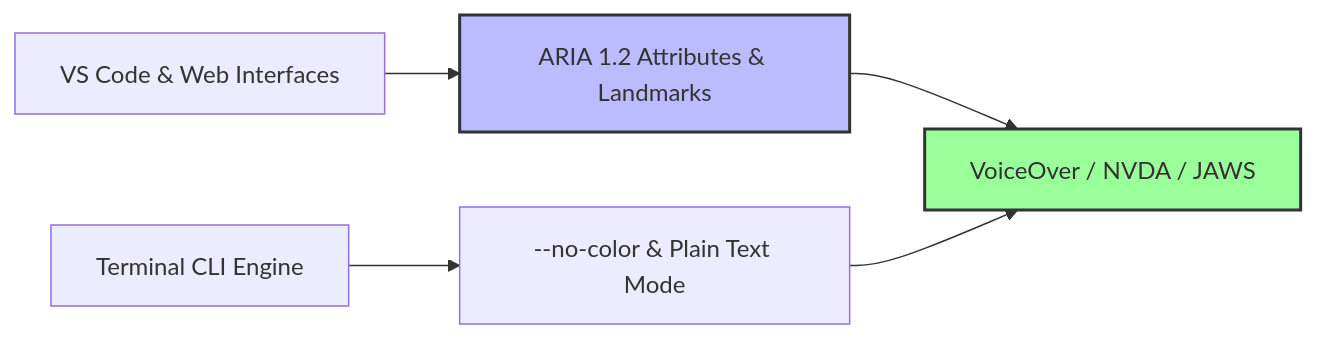
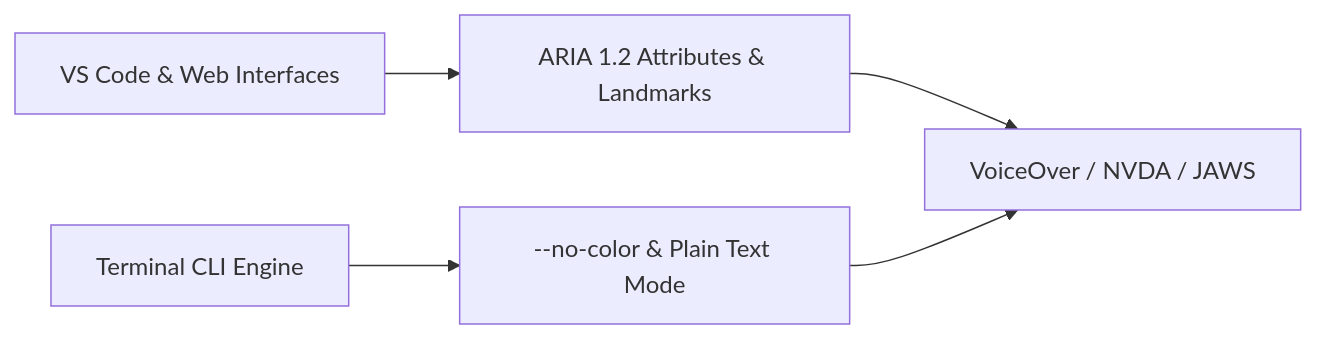
One commit to EldrexDelosReyesBula/DevDiff changed the diagram in docs/accessibility/screen-reader.md. Above: the diagram before and after it, drawn with Mermaid. The commit also changed other lines of this file and 187 other files, not shown here.

First line of the commit message:
release: v1.8.0 — multi-registry distribution, plugin architecture & documentation overhaul

````diff
--- a/docs/accessibility/screen-reader.md
+++ b/docs/accessibility/screen-reader.md
@@ -9,11 +9,8 @@
 ```mermaid
 flowchart LR
     VSCode[VS Code & Web Interfaces] --> ARIA[ARIA 1.2 Attributes & Landmarks]
     ARIA --> ScreenReader[VoiceOver / NVDA / JAWS]
 
     CLI[Terminal CLI Engine] --> NoColorMode[--no-color & Plain Text Mode]
     NoColorMode --> ScreenReader
-
-    style ARIA fill:#bbf,stroke:#333,stroke-width:2px
-    style ScreenReader fill:#9f9,stroke:#333,stroke-width:2px
 ```
````
